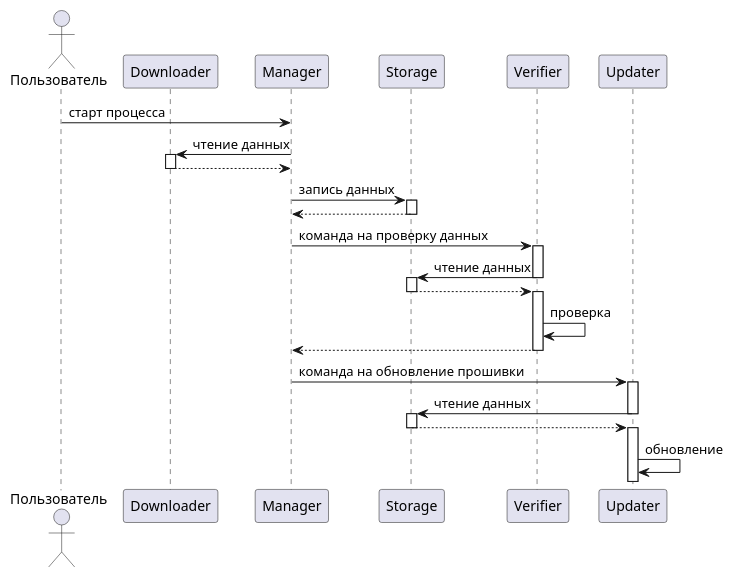
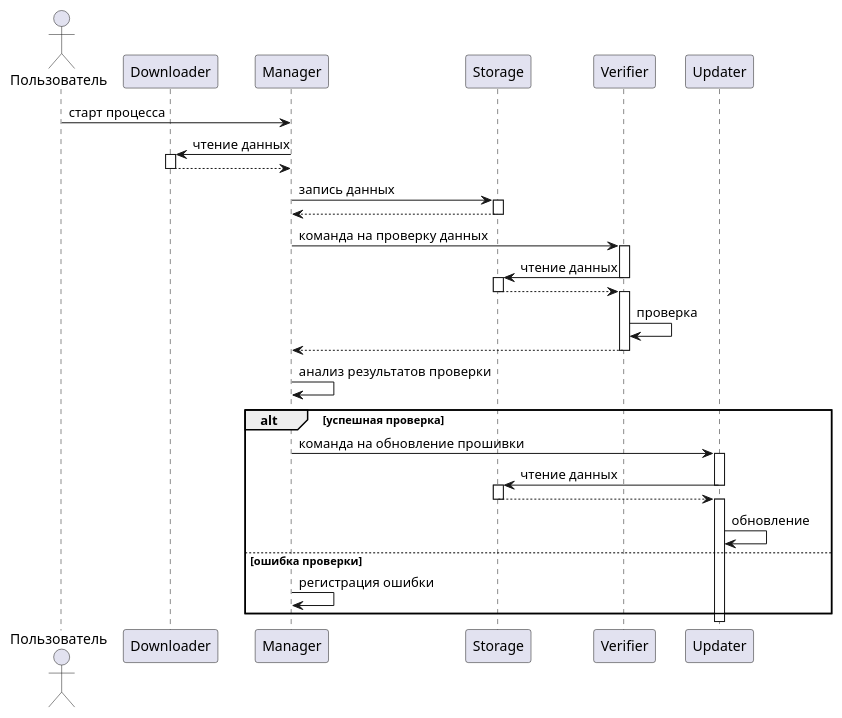
One commit to sergey-sobolev/secure-update changed the diagram in docs/report/sd.puml. Above: the diagram before and after it, drawn with PlantUML. The commit also changed 8 other files, not shown here.

Commit message:
docs: update negative scenarios sequence diagrams

```diff
--- a/docs/report/sd.puml
+++ b/docs/report/sd.puml
@@ -1,34 +1,39 @@
 @startuml
 
 actor "Пользователь" as u
 participant Downloader
 participant Manager
 participant Manager
 participant Storage
 participant Verifier
 participant Updater
 
 
 u -> Manager: старт процесса
 Manager -> Downloader++: чтение данных
 Downloader --> Manager--
 Manager -> Storage++: запись данных
 Storage --> Manager--
 Manager -> Verifier++: команда на проверку данных
 Verifier -> Storage--: чтение данных
 activate Storage
 Storage --> Verifier--
 activate Verifier
 Verifier -> Verifier: проверка
 Verifier --> Manager--
+Manager -> Manager: анализ результатов проверки
+alt успешная проверка
 Manager -> Updater++: команда на обновление прошивки
 Updater -> Storage: чтение данных
 deactivate Updater
 activate Storage
 Storage --> Updater
 deactivate Storage
 activate Updater
 Updater -> Updater: обновление
+else ошибка проверки
+Manager -> Manager: регистрация ошибки
+end
 
 
 @enduml
```
